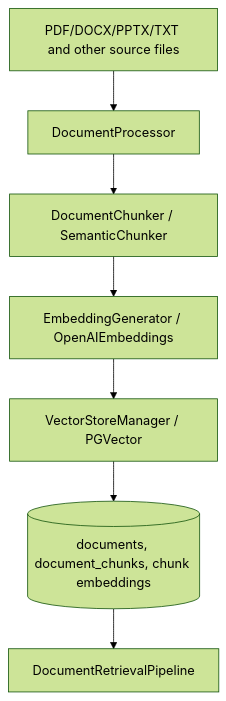
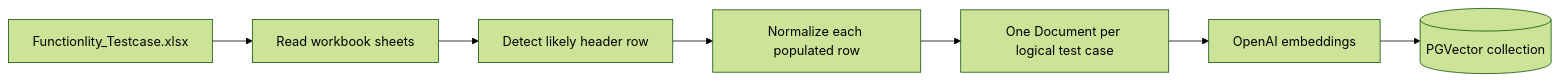
The third of 3 diagrams in README.md (pramodsahoo568/IncidentOpsAI-Architecture), drawn with Mermaid (forest theme) before and after one commit. The commit also changed other lines of this file, not shown here.

Commit message:
diagrams Added

````diff
--- a/README.md
+++ b/README.md
@@ -161,10 +231,9 @@
 ```mermaid
-flowchart TD
-    Files[PDF/DOCX/PPTX/TXT and other source files]
-    Files --> Processor[DocumentProcessor]
-    Processor --> Chunker[DocumentChunker / SemanticChunker]
-    Chunker --> Embedder[EmbeddingGenerator / OpenAIEmbeddings]
-    Embedder --> Store[VectorStoreManager / PGVector]
-    Store --> Tables[(documents, document_chunks, chunk embeddings)]
-    Tables --> Retrieval[DocumentRetrievalPipeline]
+flowchart LR
+    XLSX[Functionlity_Testcase.xlsx] --> Sheets[Read workbook sheets]
+    Sheets --> Header[Detect likely header row]
+    Header --> Records[Normalize each populated row]
+    Records --> Docs[One Document per logical test case]
+    Docs --> Embeddings[OpenAI embeddings]
+    Embeddings --> Store[(PGVector collection)]
 ```
````
